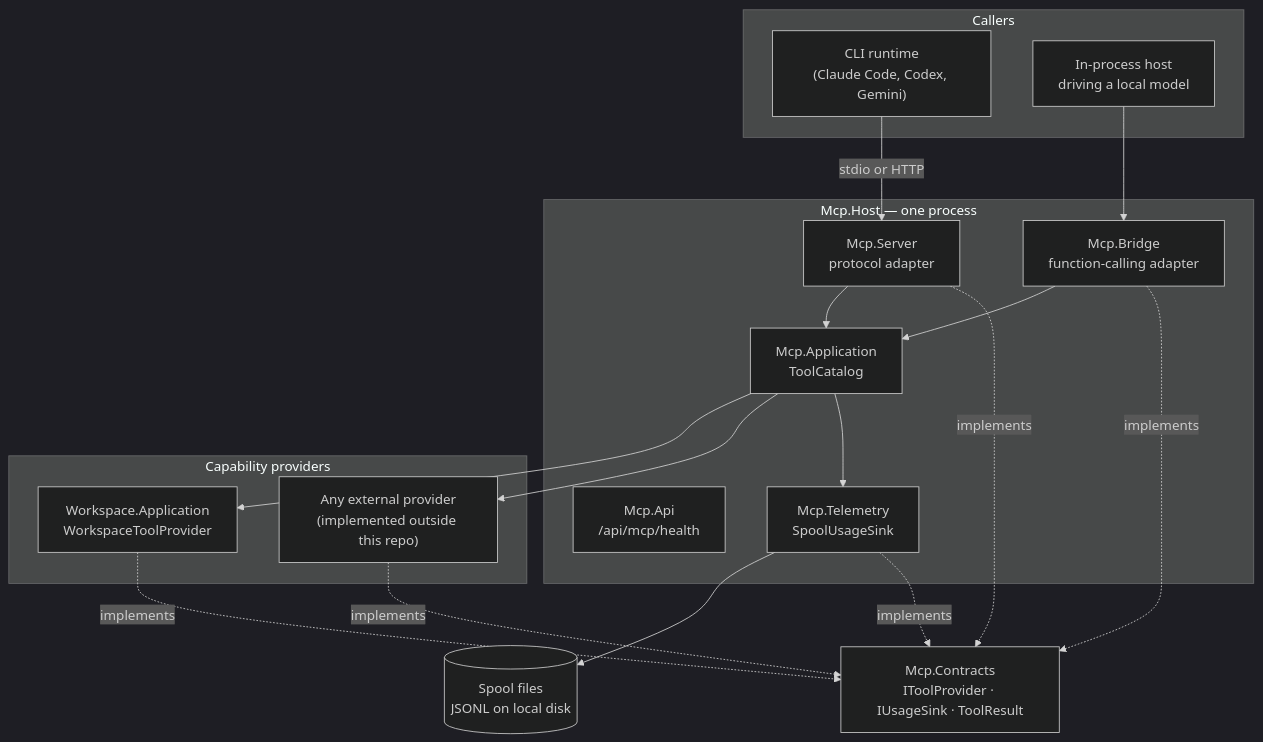
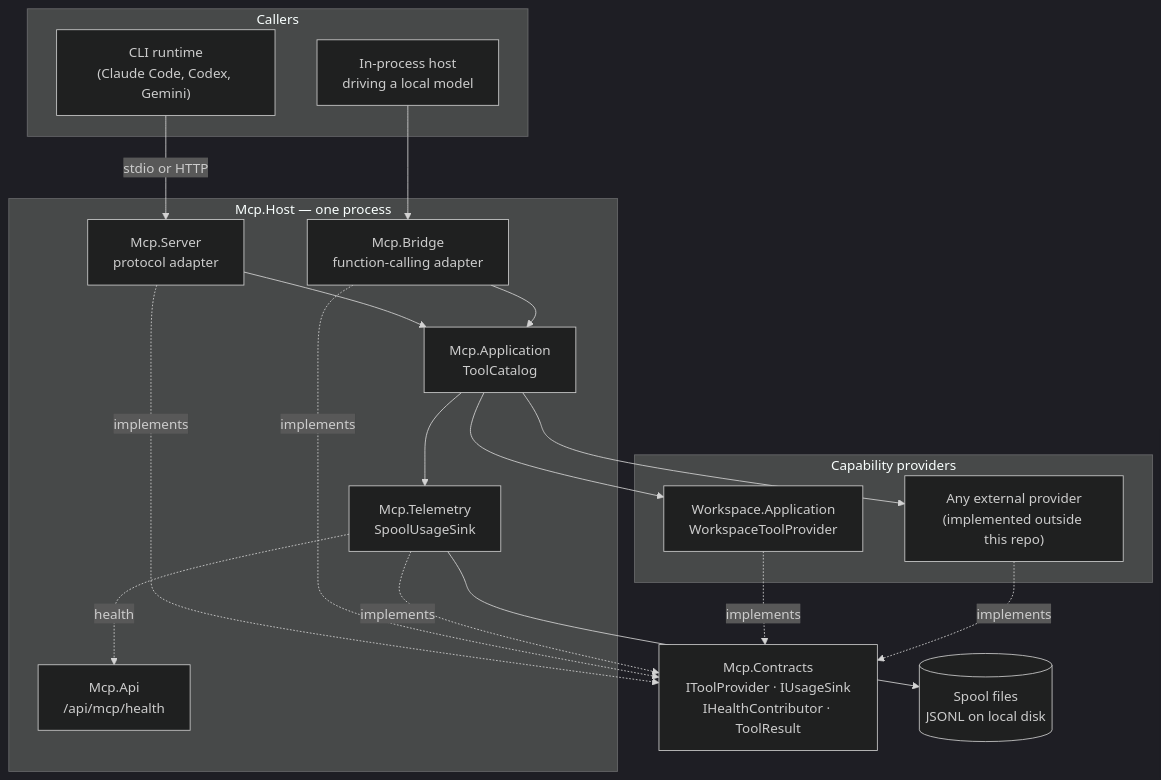
The first of 2 diagrams in research/architecture.md (oleksandrdubyna88/dew_flow_mcp), drawn with Mermaid (dark theme) before and after one commit. The commit also changed other lines of this file and 20 other files, not shown here.

````diff
--- a/research/architecture.md
+++ b/research/architecture.md
@@ -44,38 +44,39 @@
 ```mermaid
 graph TD
     subgraph clients["Callers"]
         CLI["CLI runtime<br/>(Claude Code, Codex, Gemini)"]
         LOCAL["In-process host<br/>driving a local model"]
     end
 
     subgraph host["Mcp.Host — one process"]
         SERVER["Mcp.Server<br/>protocol adapter"]
         BRIDGE["Mcp.Bridge<br/>function-calling adapter"]
         CATALOG["Mcp.Application<br/>ToolCatalog"]
         API["Mcp.Api<br/>/api/mcp/health"]
         TELEMETRY["Mcp.Telemetry<br/>SpoolUsageSink"]
     end
 
     subgraph providers["Capability providers"]
         WS["Workspace.Application<br/>WorkspaceToolProvider"]
         EXT["Any external provider<br/>(implemented outside this repo)"]
     end
 
-    CONTRACTS["Mcp.Contracts<br/>IToolProvider · IUsageSink · ToolResult"]
+    CONTRACTS["Mcp.Contracts<br/>IToolProvider · IUsageSink<br/>IHealthContributor · ToolResult"]
     SPOOL[("Spool files<br/>JSONL on local disk")]
 
     CLI -->|"stdio or HTTP"| SERVER
     LOCAL --> BRIDGE
     SERVER --> CATALOG
     BRIDGE --> CATALOG
     CATALOG --> WS
     CATALOG --> EXT
     CATALOG --> TELEMETRY
     TELEMETRY --> SPOOL
+    TELEMETRY -.health.-> API
 
     SERVER -.implements.-> CONTRACTS
     BRIDGE -.implements.-> CONTRACTS
     WS -.implements.-> CONTRACTS
     EXT -.implements.-> CONTRACTS
     TELEMETRY -.implements.-> CONTRACTS
 ```
````
